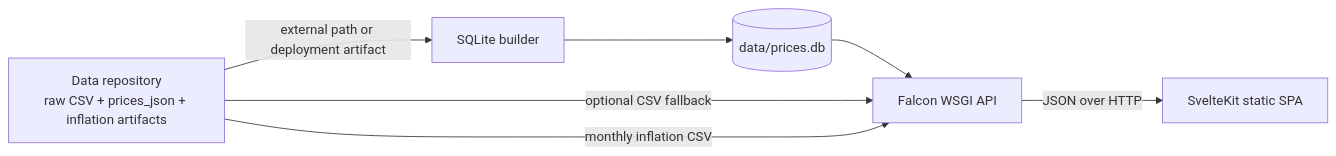
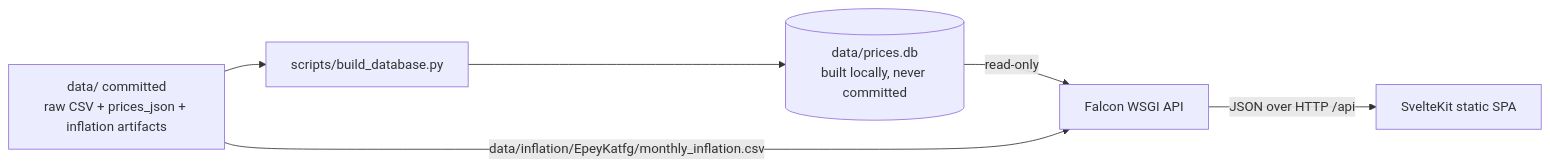
One commit to vinnipukh/ucuzu changed the diagram in docs/ARCHITECTURE.md. Above: the diagram before and after it, drawn with Mermaid. The commit also changed other lines of this file and 5 other files, not shown here.

Commit message:
feat: US-005 - Consolidate ARCHITECTURE.md (absorb CONVENTIONS and CONCERNS)

````diff
--- a/docs/ARCHITECTURE.md
+++ b/docs/ARCHITECTURE.md
@@ -7,15 +9,14 @@
 ```mermaid
 flowchart LR
-    DataRepo[Data repository\nraw CSV + prices_json + inflation artifacts]
-    Builder[SQLite builder]
-    DB[(data/prices.db)]
+    Data[data/ committed\nraw CSV + prices_json + inflation artifacts]
+    Builder[scripts/build_database.py]
+    DB[(data/prices.db\nbuilt locally, never committed)]
     API[Falcon WSGI API]
     SPA[SvelteKit static SPA]
 
-    DataRepo -->|external path or deployment artifact| Builder
+    Data --> Builder
     Builder --> DB
-    DB --> API
-    DataRepo -->|optional CSV fallback| API
-    DataRepo -->|monthly inflation CSV| API
-    API -->|JSON over HTTP| SPA
+    DB -->|read-only| API
+    Data -->|data/inflation/EpeyKatfg/monthly_inflation.csv| API
+    API -->|JSON over HTTP /api| SPA
 ```
````
